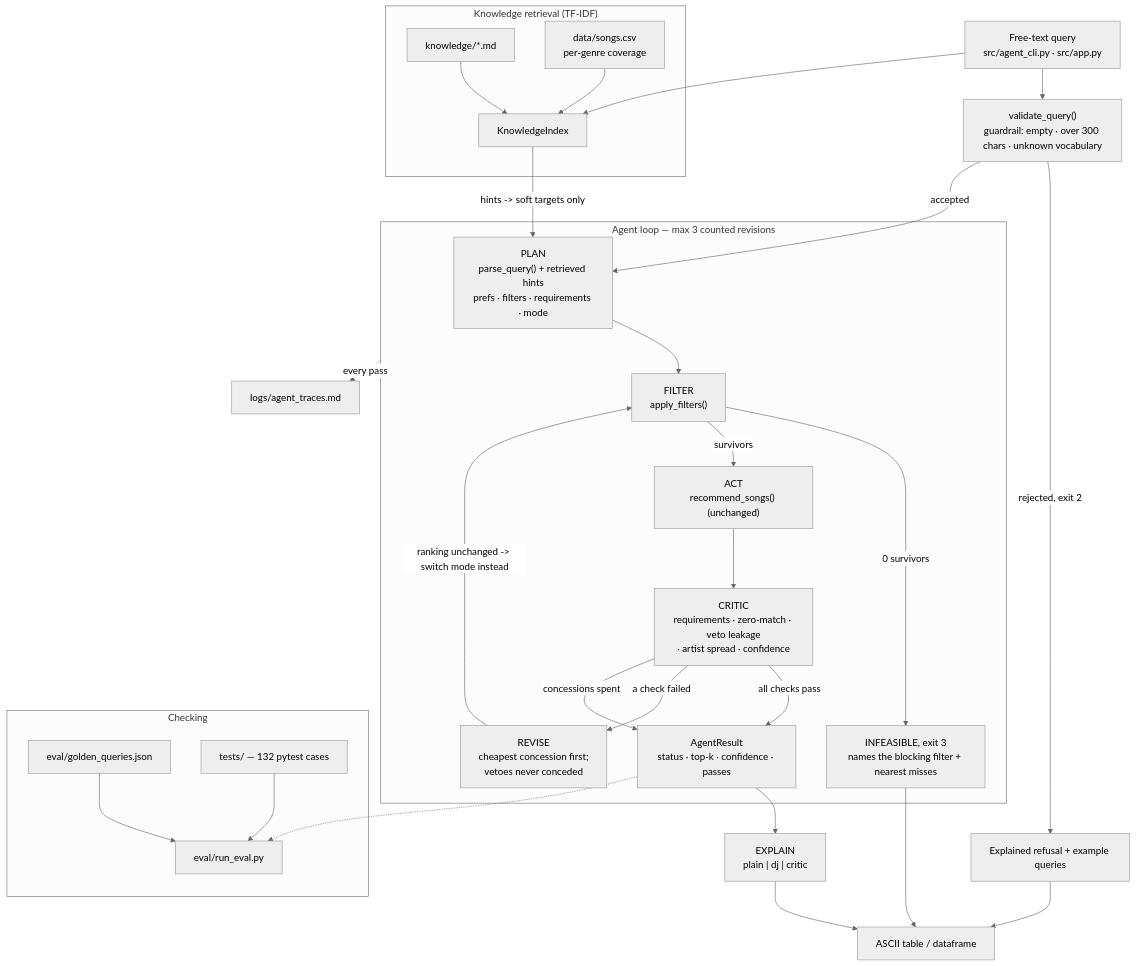
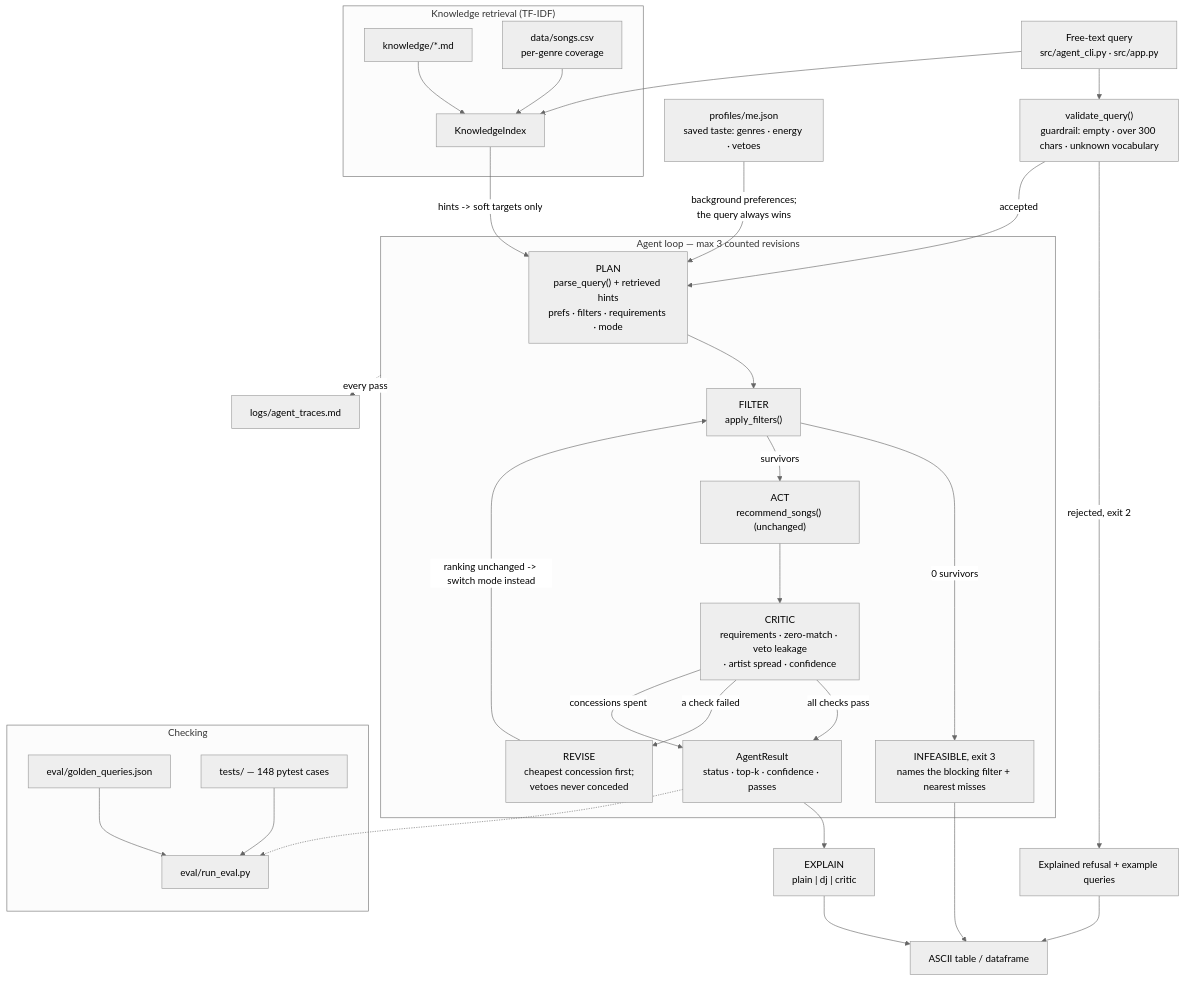
The diagram in README.md (SakxamShrestha/applied-ai-system-final), drawn with Mermaid (neutral theme) before and after one commit. The commit also changed other lines of this file and 17 other files, not shown here.

````diff
--- a/README.md
+++ b/README.md
@@ -61,37 +62,38 @@
 ```mermaid
 flowchart TD
     Q["Free-text query<br/>src/agent_cli.py · src/app.py"] --> V["validate_query()<br/>guardrail: empty · over 300 chars · unknown vocabulary"]
     V -->|rejected, exit 2| ERR["Explained refusal + example queries"]
     V -->|accepted| P
 
     subgraph AGENT["Agent loop — max 3 counted revisions"]
         P["PLAN<br/>parse_query() + retrieved hints<br/>prefs · filters · requirements · mode"]
         P --> F["FILTER<br/>apply_filters()"]
         F -->|"0 survivors"| INF["INFEASIBLE, exit 3<br/>names the blocking filter + nearest misses"]
         F -->|"survivors"| A["ACT<br/>recommend_songs() (unchanged)"]
         A --> C["CRITIC<br/>requirements · zero-match · veto leakage<br/>· artist spread · confidence"]
         C -->|"all checks pass"| OUT
         C -->|"a check failed"| R["REVISE<br/>cheapest concession first;<br/>vetoes never conceded"]
         R -->|"ranking unchanged -> switch mode instead"| F
         C -->|"concessions spent"| OUT
     end
 
     subgraph RAG["Knowledge retrieval (TF-IDF)"]
         K1["knowledge/*.md"] --> IDX["KnowledgeIndex"]
         K4["data/songs.csv<br/>per-genre coverage"] --> IDX
     end
     Q --> IDX
     IDX -->|"hints -> soft targets only"| P
+    PROF["profiles/me.json<br/>saved taste: genres · energy · vetoes"] -->|"background preferences;<br/>the query always wins"| P
 
     OUT["AgentResult<br/>status · top-k · confidence · passes"] --> VOICE["EXPLAIN<br/>plain | dj | critic"]
     VOICE --> UI["ASCII table / dataframe"]
     INF --> UI
     ERR --> UI
     AGENT -.->|"every pass"| TR["logs/agent_traces.md"]
 
     subgraph EVAL["Checking"]
         GS["eval/golden_queries.json"] --> H["eval/run_eval.py"]
-        TESTS["tests/ — 132 pytest cases"] --> H
+        TESTS["tests/ — 148 pytest cases"] --> H
     end
     OUT -.-> H
 ```
````
